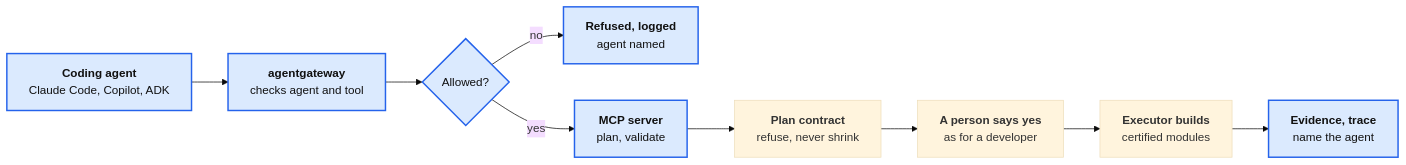
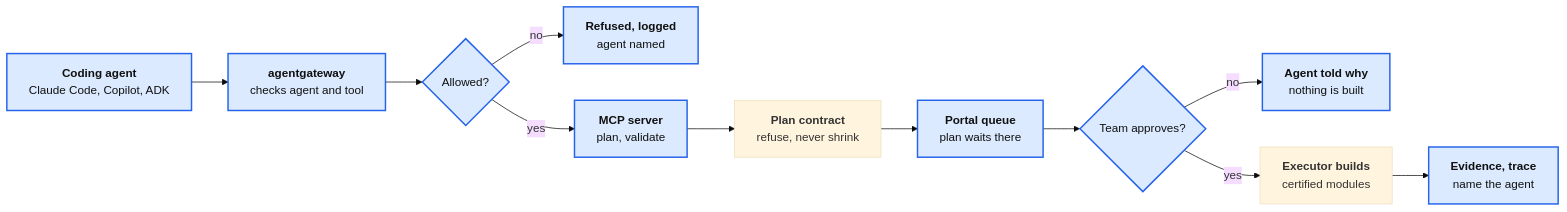
Before and after one commit to GregKliewer/sealeye: the tenth of 11 diagrams in docs/BUILD-OUT.md, drawn with Mermaid (base theme). The commit also changed other lines of this file and 2 other files, not shown here.

Commit message:
Phase 6: an agent's plan waits in a queue in the portal for a person's yes
Claude-Session: https://claude.ai/code/session_012K9Z5kkgRnZJEZMe3sFooC

````diff
--- a/docs/BUILD-OUT.md
+++ b/docs/BUILD-OUT.md
@@ -335,13 +335,15 @@
 ```mermaid
 flowchart LR
   agent["<b>Coding agent</b><br/>Claude Code, Copilot, ADK"] --> gw["<b>agentgateway</b><br/>checks agent and tool"]
   gw --> allowed{"Allowed?"}
   allowed -- no --> refused["<b>Refused, logged</b><br/>agent named"]
   allowed -- yes --> mcp["<b>MCP server</b><br/>plan, validate"]
   mcp --> contract["<b>Plan contract</b><br/>refuse, never shrink"]
-  contract --> yes["<b>A person says yes</b><br/>as for a developer"]
-  yes --> build["<b>Executor builds</b><br/>certified modules"]
+  contract --> queue["<b>Portal queue</b><br/>plan waits there"]
+  queue --> yes{"Team approves?"}
+  yes -- no --> told["<b>Agent told why</b><br/>nothing is built"]
+  yes -- yes --> build["<b>Executor builds</b><br/>certified modules"]
   build --> ev["<b>Evidence, trace</b><br/>name the agent"]
   classDef new fill:#dbeafe,stroke:#2563eb,stroke-width:2px,color:#111
-  class agent,gw,allowed,refused,mcp,ev new
+  class agent,gw,allowed,refused,mcp,queue,yes,told,ev new
 ```
````
